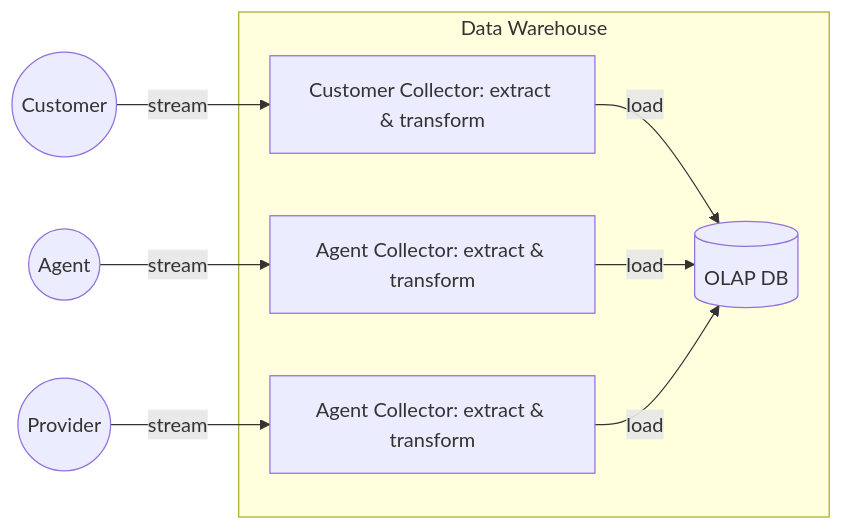
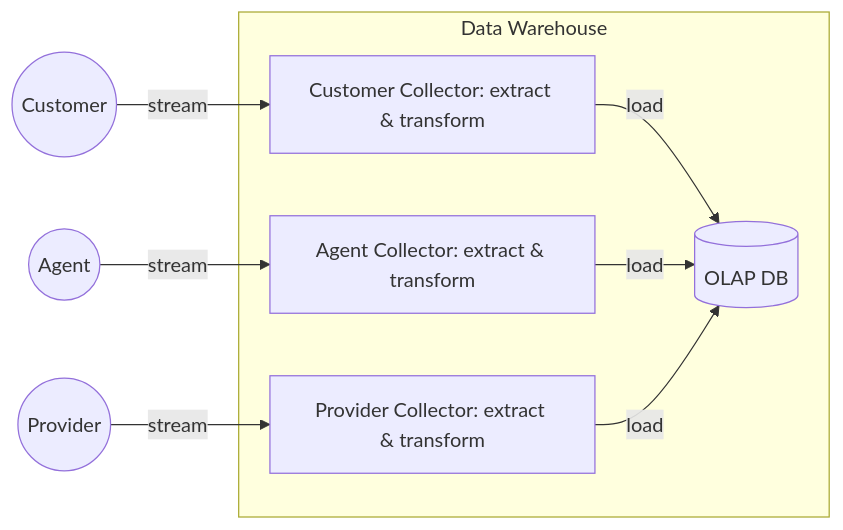
The diagram in _posts/2020-11-25-transactional-vs-analytical-databases.md (smartinrub/sergiomartinrubio.com), drawn with Mermaid before and after one commit. The commit also changed other lines of this file and 43 other files, not shown here.

````diff
--- a/_posts/2020-11-25-transactional-vs-analytical-databases.md
+++ b/_posts/2020-11-25-transactional-vs-analytical-databases.md
@@ -31,11 +31,11 @@
 ```mermaid
 graph LR;
     id1((Customer))-->|stream|id2[Customer Collector: extract & transform];
     id3((Agent))-->|stream|id4[Agent Collector: extract & transform];
-    id5((Provider))-->|stream|id6[Agent Collector: extract & transform];
+    id5((Provider))-->|stream|id6[Provider Collector: extract & transform];
     subgraph Data Warehouse
     id2-->|load|id7[(OLAP DB)]
     id4-->|load|id7[(OLAP DB)]
     id6-->|load|id7[(OLAP DB)]
     end
 ```
````
